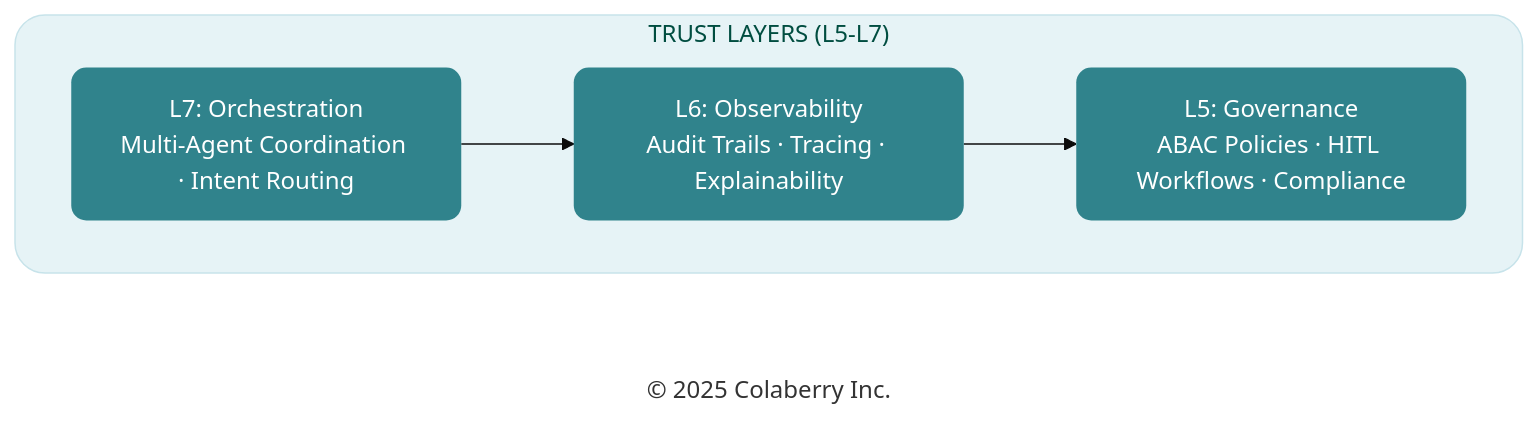
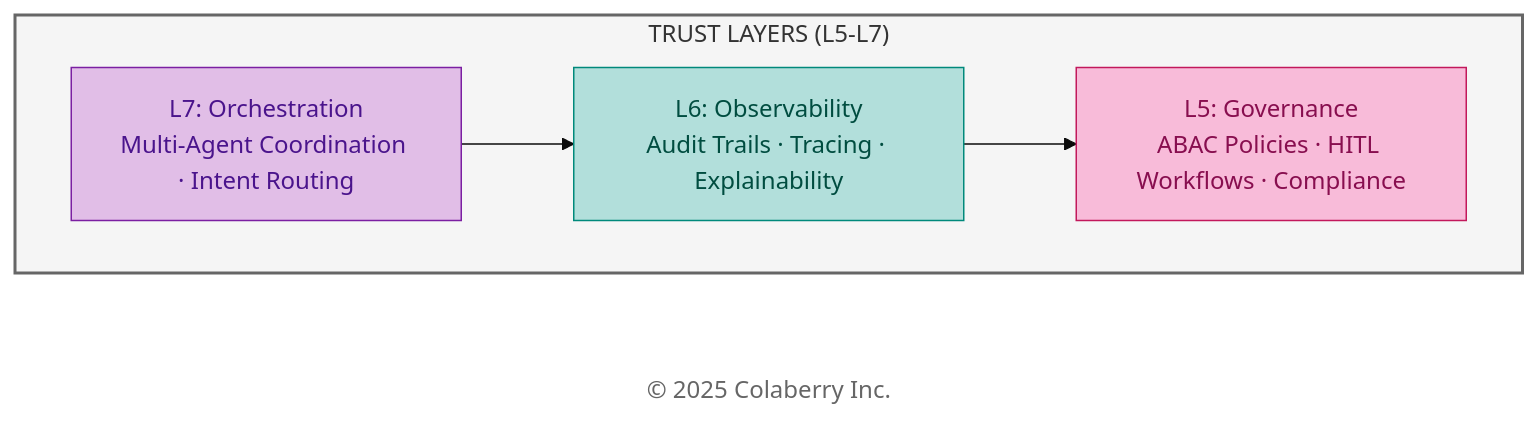
The fifth of 7 diagrams in manuscript/11_chapter_10_week_by_week_implementation.md (saitejesh-cyber/trust-before-intelligence-book), drawn with Mermaid (base theme) before and after one commit. The commit also changed other lines of this file and 12 other files, not shown here.

Commit message:
Restore legacy Mermaid styles for Option 1

````diff
--- a/manuscript/11_chapter_10_week_by_week_implementation.md
+++ b/manuscript/11_chapter_10_week_by_week_implementation.md
@@ -340,21 +340,21 @@
 ```mermaid
 
 graph LR
     subgraph TRUST["TRUST LAYERS (L5-L7)"]
         direction LR
         L7["L7: Orchestration<br/>Multi-Agent Coordination · Intent Routing"]
         L6["L6: Observability<br/>Audit Trails · Tracing · Explainability"]
         L5["L5: Governance<br/>ABAC Policies · HITL Workflows · Compliance"]
     end
     
     Copyright["© 2025 Colaberry Inc."]
     
     L7 --> L6 --> L5
     
-    style TRUST fill:#e6f3f6,stroke:#c7e3ea,stroke-width:1px,color:#004d40,rx:20,ry:20
-    style L7 fill:#30838C,stroke:none,color:#ffffff,rx:10,ry:10
-    style L6 fill:#30838C,stroke:none,color:#ffffff,rx:10,ry:10
-    style L5 fill:#30838C,stroke:none,color:#ffffff,rx:10,ry:10
-    style Copyright fill:none,stroke:none,color:#333333
+    style TRUST fill:#f5f5f5,stroke:#666666,stroke-width:2px,color:#333333
+    style L7 fill:#e1bee7,stroke:#7b1fa2,color:#4a148c
+    style L6 fill:#b2dfdb,stroke:#00897b,color:#004d40
+    style L5 fill:#f8bbd9,stroke:#c2185b,color:#880e4f
+    style Copyright fill:#ffffff,stroke:none,color:#666666
 
 ```
````
